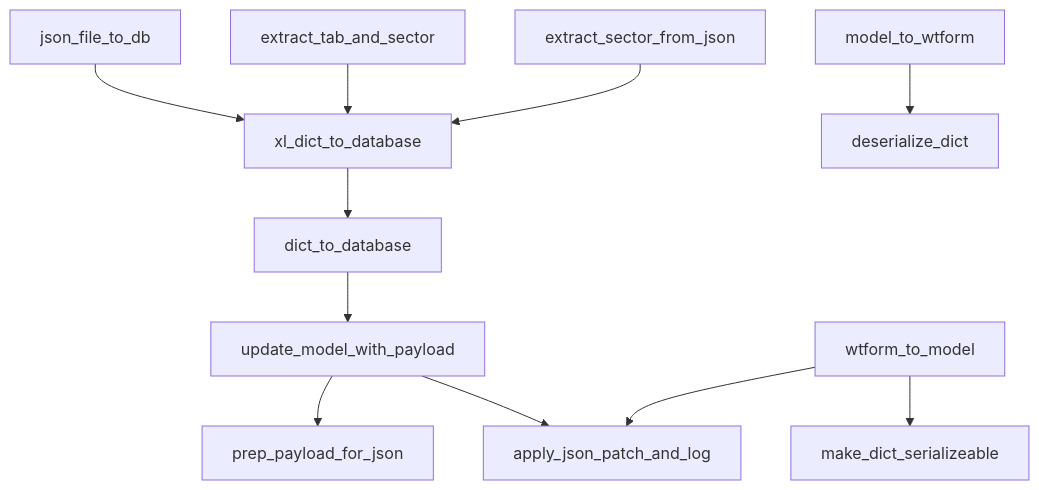
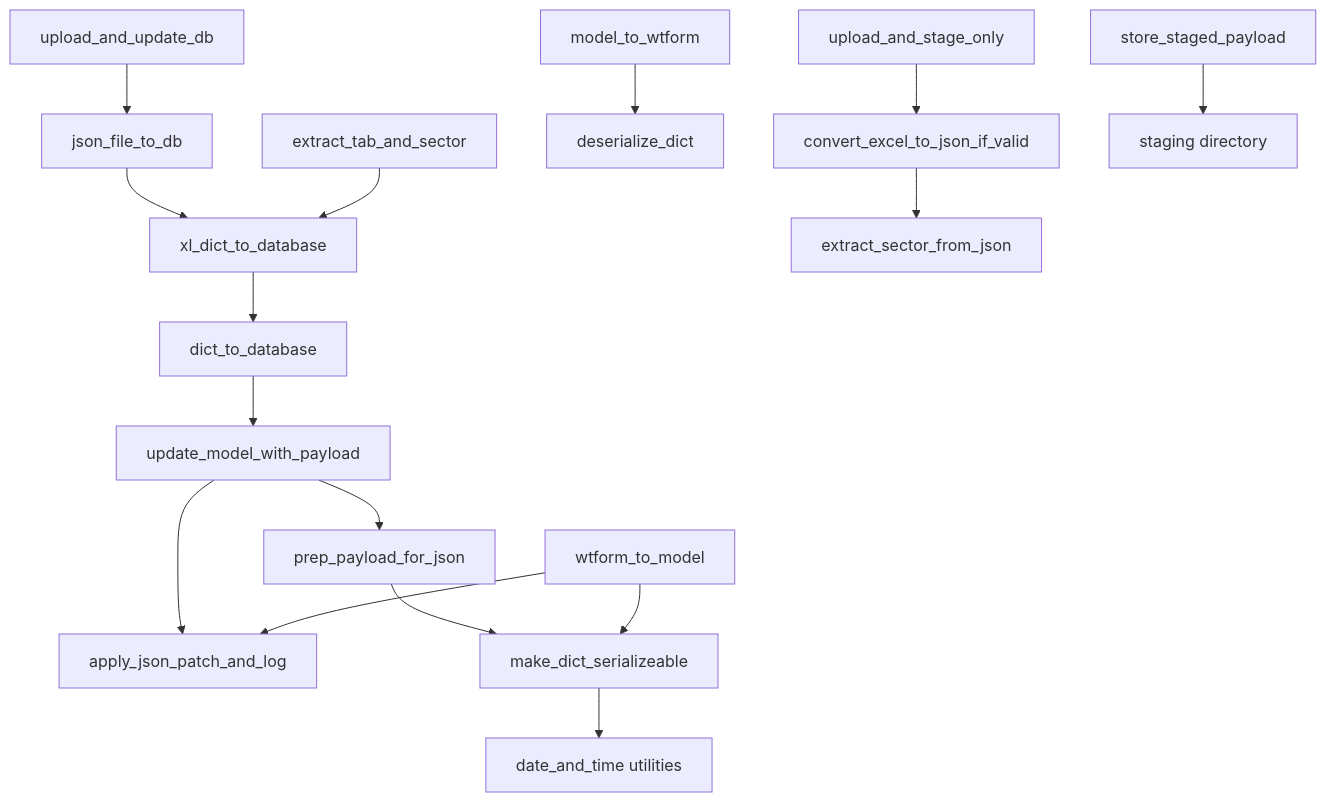
Before and after one commit to tony-held-carb/feedback_portal: the diagram in documentation/refactor_notes/overhaul_of_xldict_and_related/data_ingestion_persistence_flow_analysis_2025-07.md, drawn with Mermaid. The commit also changed other lines of this file and 2 other files, not shown here.

Commit message:
dict_to_db refactor analysis updated

````diff
--- a/documentation/refactor_notes/overhaul_of_xldict_and_related/data_ingestion_persistence_flow_analysis_2025-07.md
+++ b/documentation/refactor_notes/overhaul_of_xldict_and_related/data_ingestion_persistence_flow_analysis_2025-07.md
@@ -103,13 +135,18 @@
 ```mermaid
 graph TD
     A[xl_dict_to_database] --> B[dict_to_database]
     C[json_file_to_db] --> A
-    B --> D[update_model_with_payload]
-    D --> E[prep_payload_for_json]
-    D --> F[apply_json_patch_and_log]
-    G[model_to_wtform] --> H[deserialize_dict]
-    I[wtform_to_model] --> J[make_dict_serializeable]
-    I --> F
-    K[extract_tab_and_sector] --> A
-    L[extract_sector_from_json] --> A
+    D[upload_and_update_db] --> C
+    E[upload_and_stage_only] --> F[convert_excel_to_json_if_valid]
+    F --> G[extract_sector_from_json]
+    B --> H[update_model_with_payload]
+    H --> I[prep_payload_for_json]
+    H --> J[apply_json_patch_and_log]
+    I --> K[make_dict_serializeable]
+    K --> L[date_and_time utilities]
+    M[model_to_wtform] --> N[deserialize_dict]
+    O[wtform_to_model] --> K
+    O --> J
+    P[extract_tab_and_sector] --> A
+    Q[store_staged_payload] --> R[staging directory]
 ```
````
